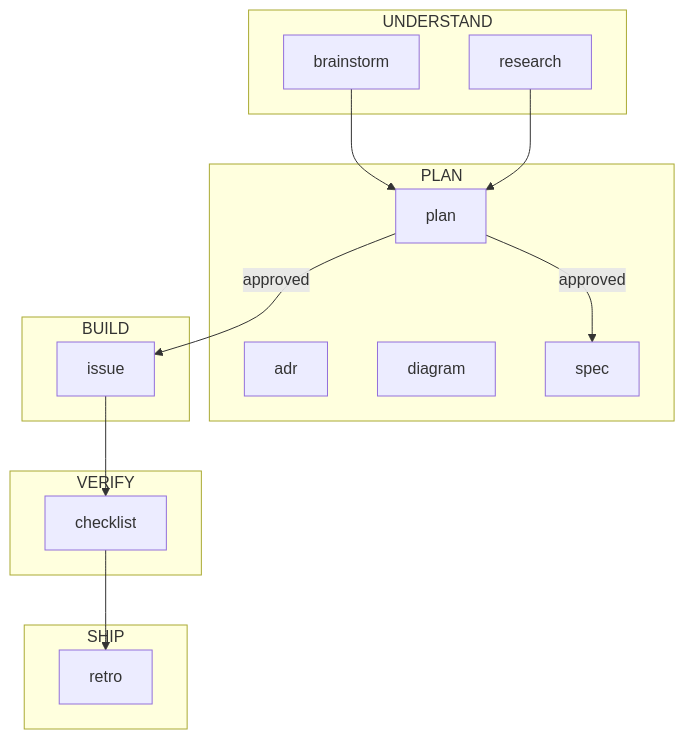
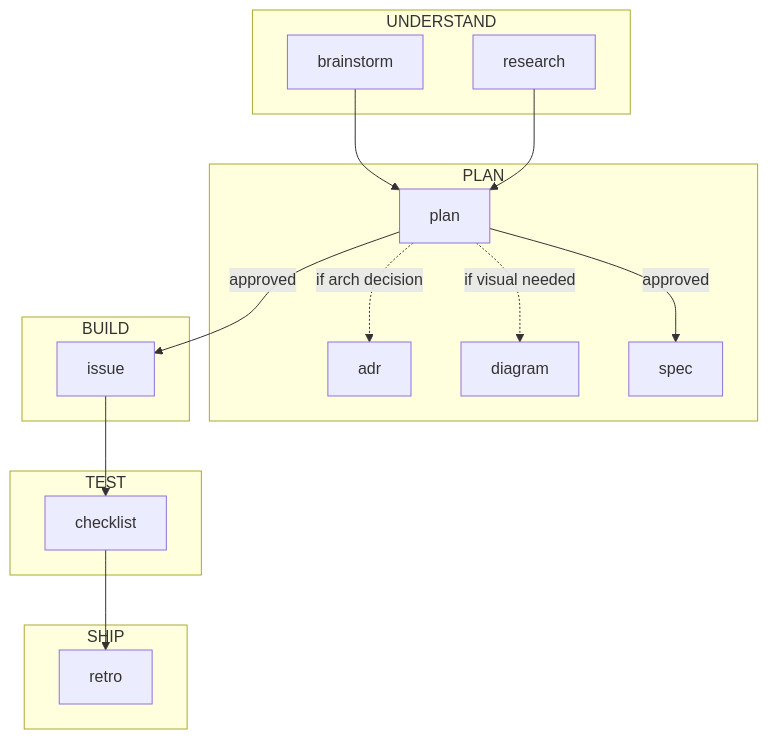
Before and after one commit to DerianAndre/aidd.md: the second of 3 diagrams in WORKFLOW.md, drawn with Mermaid. The commit also changed other lines of this file and 3 other files, not shown here.

````diff
--- a/WORKFLOW.md
+++ b/WORKFLOW.md
@@ -55,29 +59,31 @@
 ```mermaid
 flowchart TD
     subgraph UNDERSTAND
         B1[brainstorm]
         B2[research]
     end
     subgraph PLAN
         P1[plan]
         P2[adr]
         P3[diagram]
         P4[spec]
     end
     subgraph BUILD
         E1[issue]
     end
-    subgraph VERIFY
-        V1[checklist]
+    subgraph TEST
+        T1[checklist]
     end
     subgraph SHIP
         S1[retro]
     end
 
     B1 --> P1
     B2 --> P1
+    P1 -. if arch decision .-> P2
+    P1 -. if visual needed .-> P3
     P1 -- approved --> P4
     P1 -- approved --> E1
-    E1 --> V1
-    V1 --> S1
+    E1 --> T1
+    T1 --> S1
 ```
````
